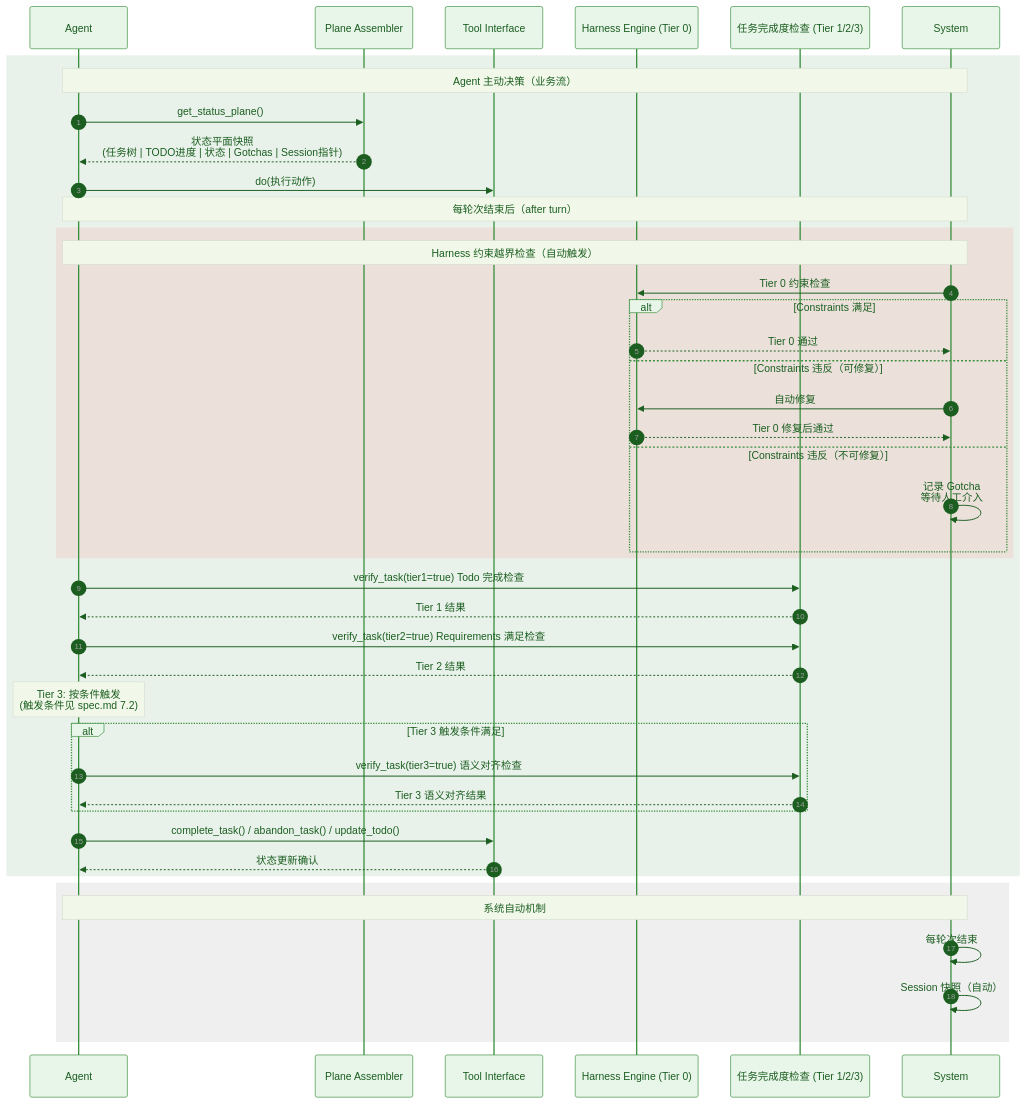
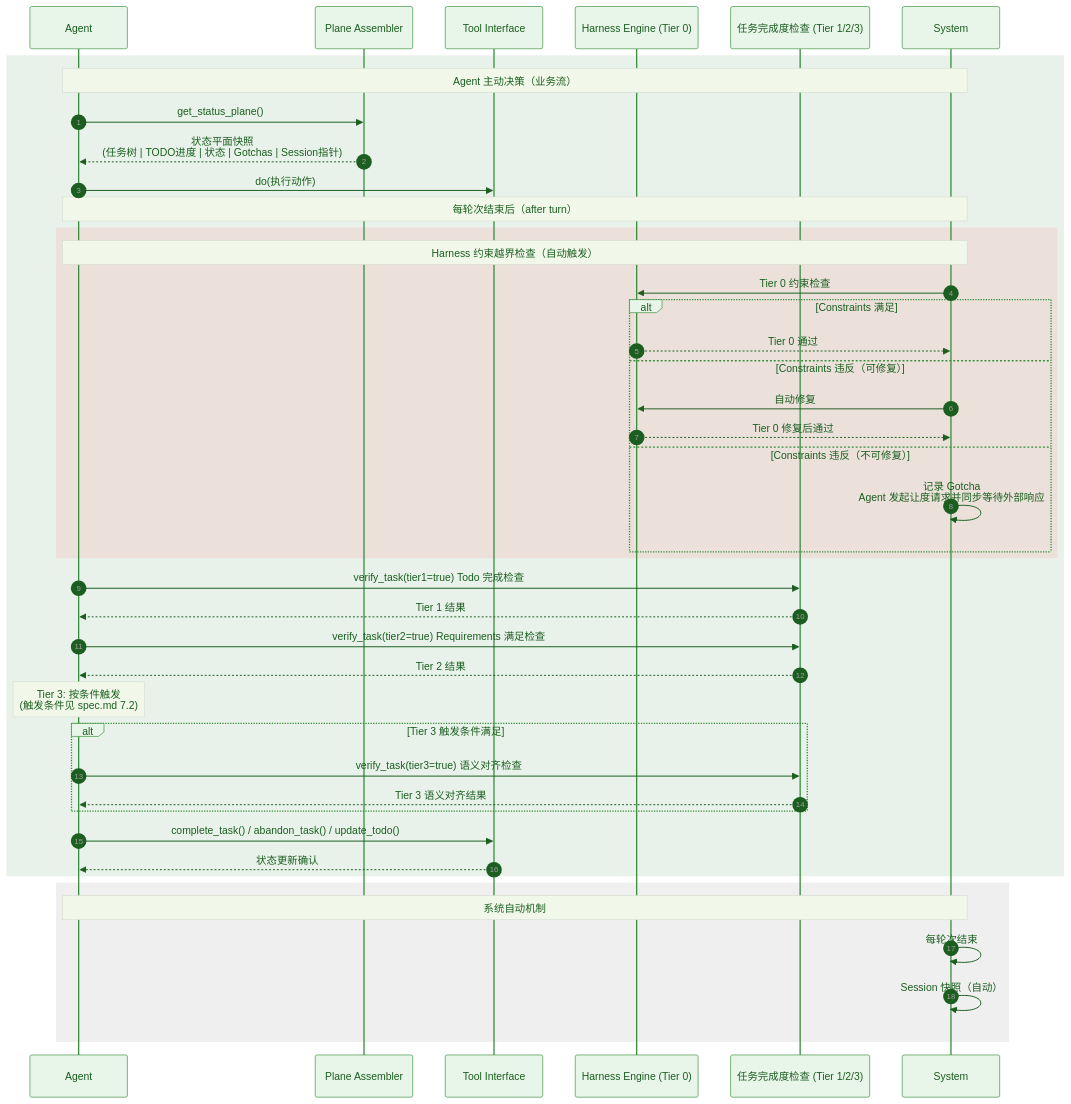
One commit to Lazyn0tBug/mem0ress changed the second of 3 diagrams in docs/arch.md. Above: the diagram before and after it, drawn with Mermaid. The commit also changed other lines of this file, not shown here.

````diff
--- a/docs/arch.md
+++ b/docs/arch.md
@@ -149,55 +149,55 @@
 ```mermaid
 %% label：Agent 驱动的业务闭环
 %%{ init: { 'theme': 'base', 'themeVariables': { 'primaryColor': '#e8f5e9', 'primaryTextColor': '#1b5e20', 'primaryBorderColor': '#388e3c', 'lineColor': '#616161', 'noteBkgColor': '#f1f8e9', 'noteTextColor': '#1b5e20' } } }%%
 sequenceDiagram
     autonumber
     participant Agent
     participant PA as Plane Assembler
     participant TI as Tool Interface
     participant HE as Harness Engine (Tier 0)
     participant VC as 任务完成度检查 (Tier 1/2/3)
     participant System
 
     rect rgba(46, 125, 50, 0.1)
         Note over Agent,System: Agent 主动决策（业务流）
         Agent->>PA: get_status_plane()
         PA-->>Agent: 状态平面快照<br/>(任务树 | TODO进度 | 状态 | Gotchas | Session指针)
 
         Agent->>TI: do(执行动作)
 
         Note over Agent,System: 每轮次结束后（after turn）
         rect rgba(239, 154, 154, 0.2)
             Note over Agent,System: Harness 约束越界检查（自动触发）
             System->>HE: Tier 0 约束检查
             alt Constraints 满足
                 HE-->>System: Tier 0 通过
             else Constraints 违反（可修复）
                 System->>HE: 自动修复
                 HE-->>System: Tier 0 修复后通过
             else Constraints 违反（不可修复）
-                System->>System: 记录 Gotcha<br/>等待人工介入
+                System->>System: 记录 Gotcha<br/>Agent 发起让度请求并同步等待外部响应
             end
         end
 
         Agent->>VC: verify_task(tier1=true) Todo 完成检查
         VC-->>Agent: Tier 1 结果
 
         Agent->>VC: verify_task(tier2=true) Requirements 满足检查
         VC-->>Agent: Tier 2 结果
 
         Note over Agent: Tier 3: 按条件触发<br/>(触发条件见 spec.md 7.2)
         alt Tier 3 触发条件满足
             Agent->>VC: verify_task(tier3=true) 语义对齐检查
             VC-->>Agent: Tier 3 语义对齐结果
         end
 
         Agent->>TI: complete_task() / abandon_task() / update_todo()
         TI-->>Agent: 状态更新确认
     end
 
     rect rgba(100, 100, 100, 0.1)
         Note over Agent,System: 系统自动机制
         System->>System: 每轮次结束
         System->>System: Session 快照（自动）
     end
 ```
````
